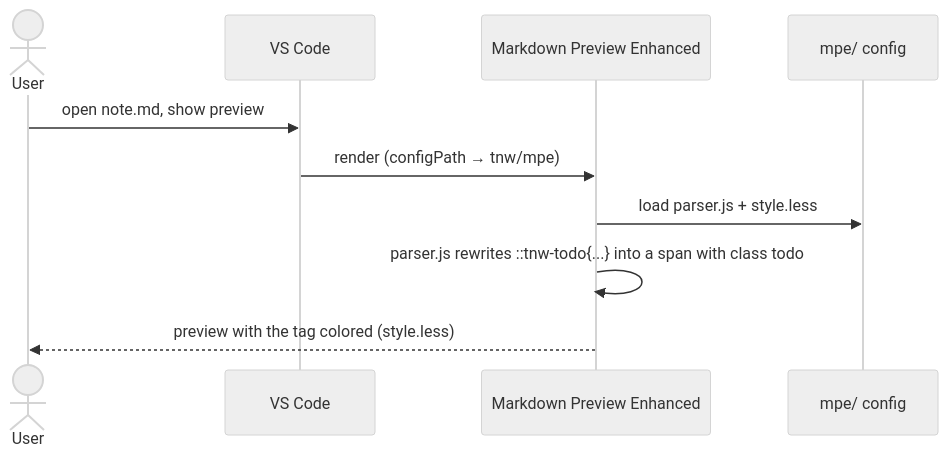
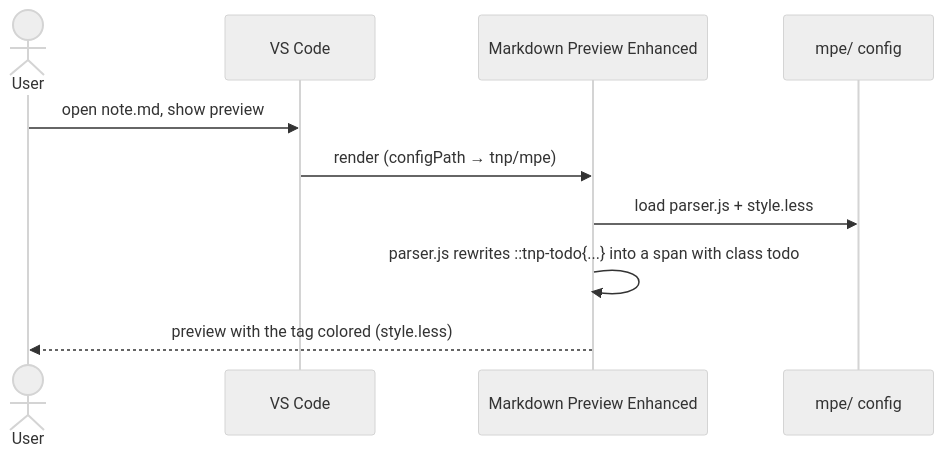
One commit to dgerod/tnp changed the fifth of 10 diagrams in docs/design.md. Above: the diagram before and after it, drawn with Mermaid (neutral theme). The commit also changed other lines of this file and 116 other files, not shown here.

First line of the commit message:
refactor!: rename 'tnw' to 'tnp'

````diff
--- a/docs/design.md
+++ b/docs/design.md
@@ -333,12 +333,12 @@
 ```mermaid
 sequenceDiagram
     actor User
     participant VSC as VS Code
     participant MPE as Markdown Preview Enhanced
     participant CFG as mpe/ config
     User->>VSC: open note.md, show preview
-    VSC->>MPE: render (configPath → tnw/mpe)
+    VSC->>MPE: render (configPath → tnp/mpe)
     MPE->>CFG: load parser.js + style.less
-    MPE->>MPE: parser.js rewrites ::tnw-todo{...} into a span with class todo
+    MPE->>MPE: parser.js rewrites ::tnp-todo{...} into a span with class todo
     MPE-->>User: preview with the tag colored (style.less)
 ```
````
